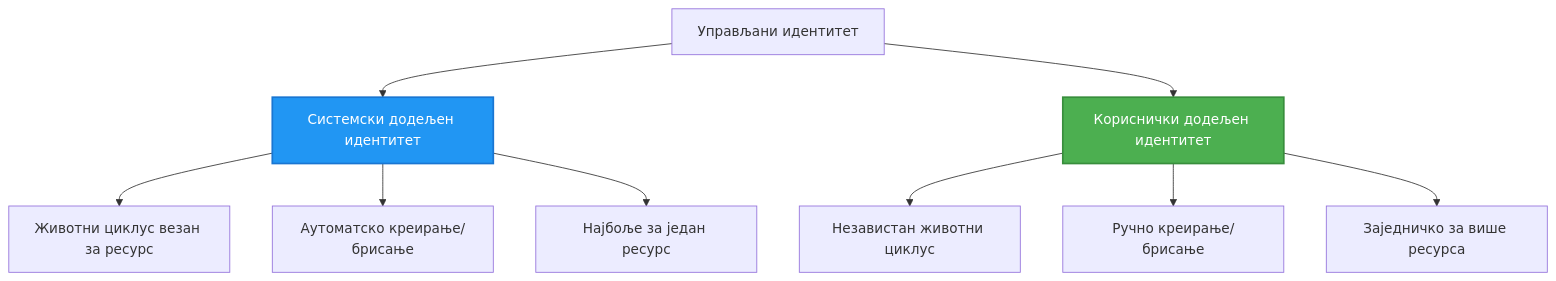
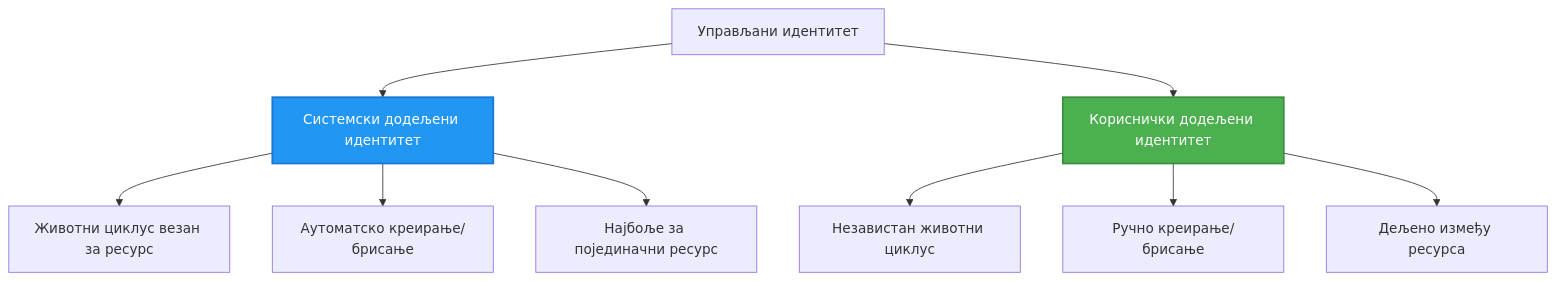
Before and after one commit to microsoft/AZD-for-beginners: the second of 2 diagrams in translations/sr/docs/chapter-03-configuration/authsecurity.md, drawn with Mermaid. The commit also changed other lines of this file and 101 other files, not shown here.

````diff
--- a/translations/sr/docs/chapter-03-configuration/authsecurity.md
+++ b/translations/sr/docs/chapter-03-configuration/authsecurity.md
@@ -97,20 +97,20 @@
 ```mermaid
 graph TB
     MI[Управљани идентитет]
-    SystemAssigned[Системски додељен идентитет]
-    UserAssigned[Кориснички додељен идентитет]
+    SystemAssigned[Системски додељени идентитет]
+    UserAssigned[Кориснички додељени идентитет]
     
     MI --> SystemAssigned
     MI --> UserAssigned
     
     SystemAssigned --> SA1[Животни циклус везан за ресурс]
     SystemAssigned --> SA2[Аутоматско креирање/брисање]
-    SystemAssigned --> SA3[Најбоље за један ресурс]
+    SystemAssigned --> SA3[Најбоље за појединачни ресурс]
     
     UserAssigned --> UA1[Независтан животни циклус]
     UserAssigned --> UA2[Ручно креирање/брисање]
-    UserAssigned --> UA3[Заједничко за више ресурса]
+    UserAssigned --> UA3[Дељено између ресурса]
     
     style SystemAssigned fill:#2196F3,stroke:#1976D2,stroke-width:2px,color:#fff
     style UserAssigned fill:#4CAF50,stroke:#388E3C,stroke-width:2px,color:#fff
 ```
````
